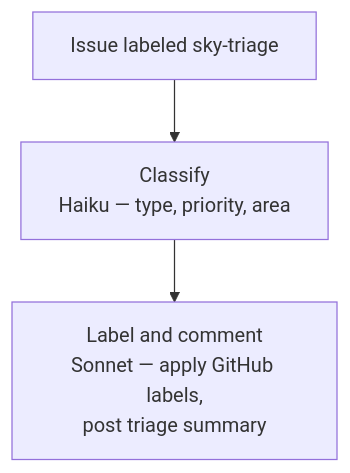
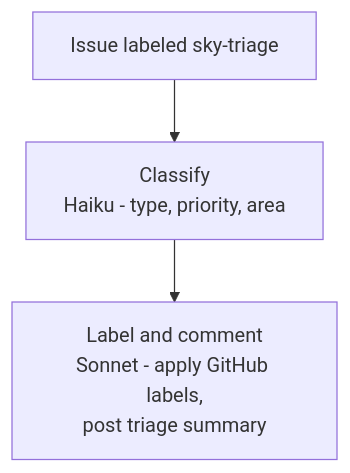
One commit to skylence-be/docs.skylence.be changed the diagram in src/content/docs/examples/issue-triage.mdx. Above: the diagram before and after it, drawn with Mermaid. The commit also changed other lines of this file and 48 other files, not shown here.

````diff
--- a/src/content/docs/examples/issue-triage.mdx
+++ b/src/content/docs/examples/issue-triage.mdx
@@ -14,5 +14,5 @@
 ```mermaid
 flowchart TD
-    trigger["Issue labeled sky-triage"] --> classify["Classify\nHaiku — type, priority, area"]
-    classify --> label["Label and comment\nSonnet — apply GitHub labels,\npost triage summary"]
+    trigger["Issue labeled sky-triage"] --> classify["Classify\nHaiku - type, priority, area"]
+    classify --> label["Label and comment\nSonnet - apply GitHub labels,\npost triage summary"]
 ```
````
